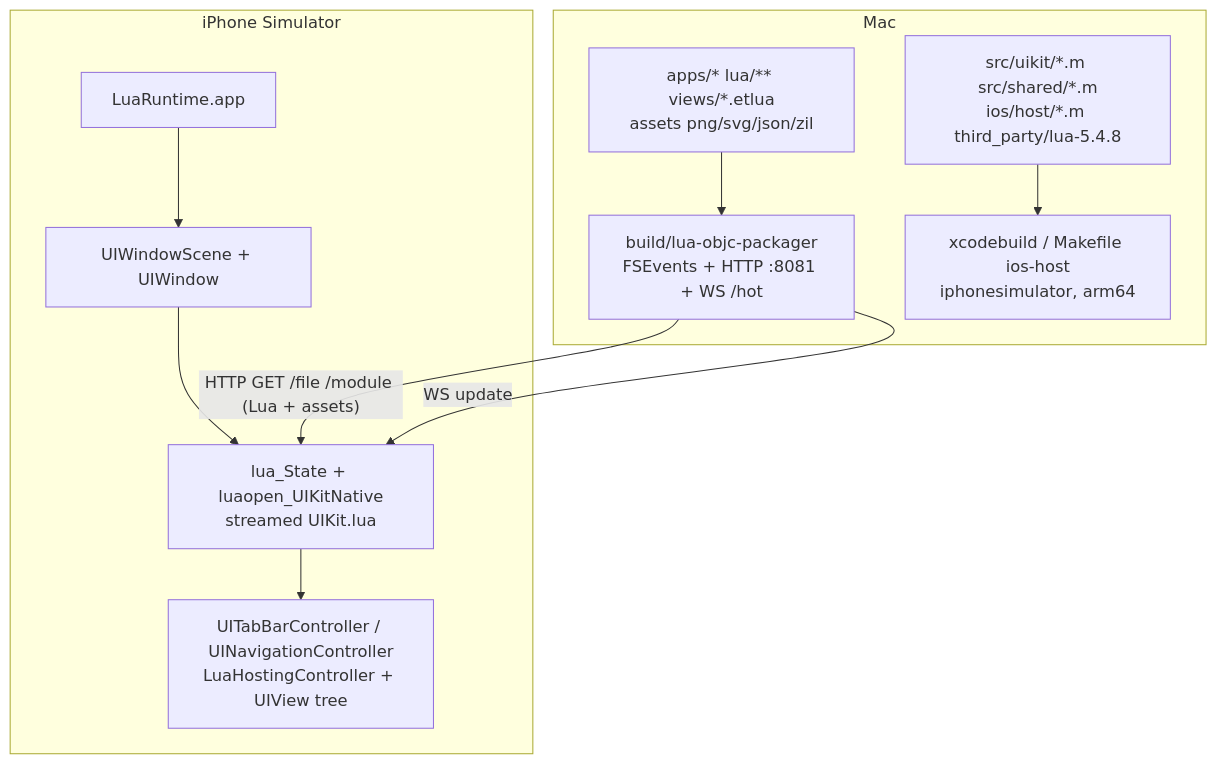
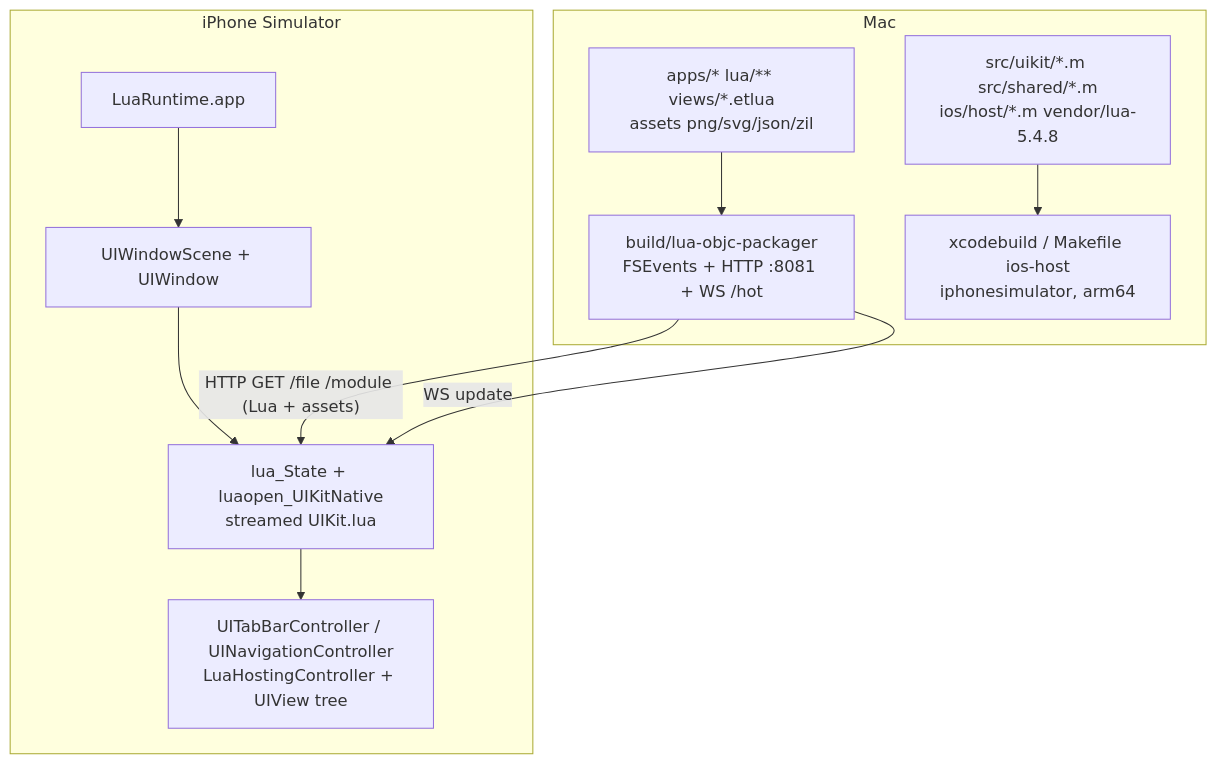
One commit to corepunch/lua-objc changed the first of 3 diagrams in docs/ios.md. Above: the diagram before and after it, drawn with Mermaid. The commit also changed other lines of this file and 80 other files, not shown here.

Commit message:
Move Lua 5.4.8 source from third_party/ to vendor/

````diff
--- a/docs/ios.md
+++ b/docs/ios.md
@@ -134,20 +134,20 @@
 ```mermaid
 flowchart TB
   subgraph mac [Mac]
     srcLua["apps/* lua/** views/*.etlua\nassets png/svg/json/zil"]
     packager["build/lua-objc-packager\nFSEvents + HTTP :8081 + WS /hot"]
     xcode["xcodebuild / Makefile ios-host\niphonesimulator, arm64"]
     srcLua --> packager
-    srcNative["src/uikit/*.m src/shared/*.m\nios/host/*.m third_party/lua-5.4.8"] --> xcode
+    srcNative["src/uikit/*.m src/shared/*.m\nios/host/*.m vendor/lua-5.4.8"] --> xcode
   end
 
   subgraph sim [iPhone Simulator]
     app["LuaRuntime.app"]
     scene["UIWindowScene + UIWindow"]
     lua["lua_State + luaopen_UIKitNative\nstreamed UIKit.lua"]
     tree["UITabBarController / UINavigationController\nLuaHostingController + UIView tree"]
     app --> scene --> lua --> tree
     packager -->|"HTTP GET /file /module (Lua + assets)"| lua
     packager -->|"WS update"| lua
   end
 ```
````
